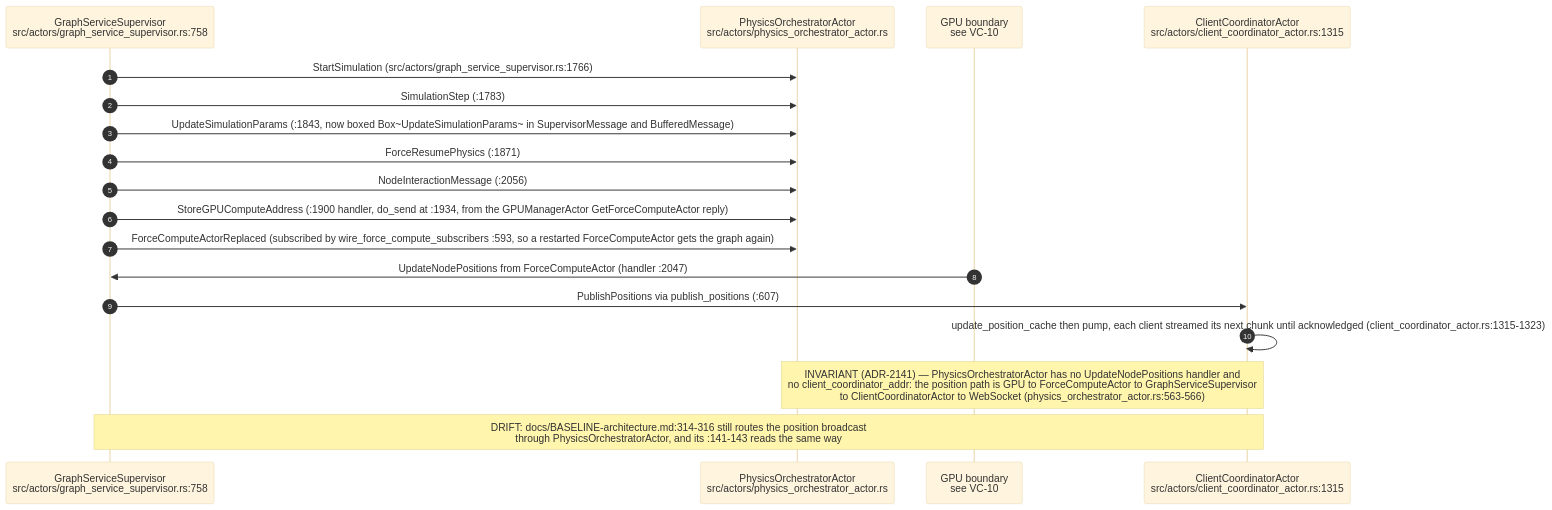
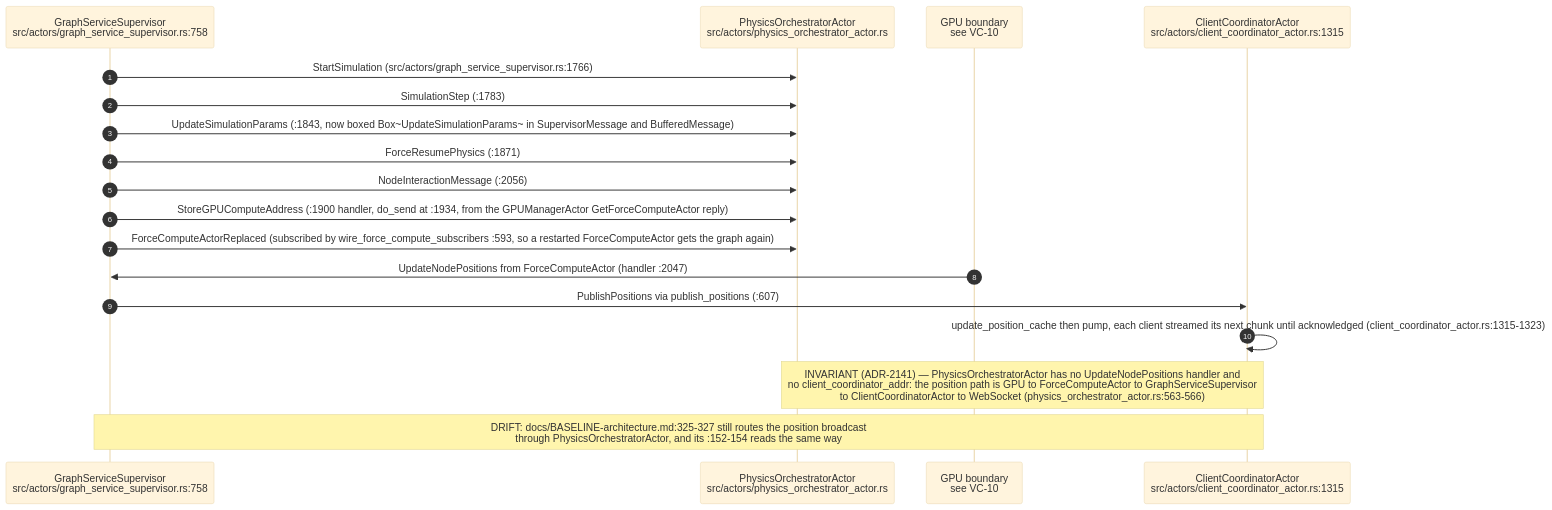
Before and after one commit to DreamLab-AI/VisionFlow: the tenth of 14 diagrams in docs/diagrams/visionclaw/02-actor-supervision.md, drawn with Mermaid (base theme). The commit also changed other lines of this file and 145 other files, not shown here.

````diff
--- a/docs/diagrams/visionclaw/02-actor-supervision.md
+++ b/docs/diagrams/visionclaw/02-actor-supervision.md
@@ -415,21 +415,21 @@
 ```mermaid
 sequenceDiagram
     autonumber
     participant GSS as GraphServiceSupervisor<br/>src/actors/graph_service_supervisor.rs:758
     participant PO as PhysicsOrchestratorActor<br/>src/actors/physics_orchestrator_actor.rs
     participant GPU as GPU boundary<br/>see VC-10
     participant CC as ClientCoordinatorActor<br/>src/actors/client_coordinator_actor.rs:1315
 
     GSS->>PO: StartSimulation (src/actors/graph_service_supervisor.rs:1766)
     GSS->>PO: SimulationStep (:1783)
     GSS->>PO: UpdateSimulationParams (:1843, now boxed Box~UpdateSimulationParams~ in SupervisorMessage and BufferedMessage)
     GSS->>PO: ForceResumePhysics (:1871)
     GSS->>PO: NodeInteractionMessage (:2056)
     GSS->>PO: StoreGPUComputeAddress (:1900 handler, do_send at :1934, from the GPUManagerActor GetForceComputeActor reply)
     GSS->>PO: ForceComputeActorReplaced (subscribed by wire_force_compute_subscribers :593, so a restarted ForceComputeActor gets the graph again)
     GPU->>GSS: UpdateNodePositions from ForceComputeActor (handler :2047)
     GSS->>CC: PublishPositions via publish_positions (:607)
     CC->>CC: update_position_cache then pump, each client streamed its next chunk until acknowledged (client_coordinator_actor.rs:1315-1323)
     Note over PO,CC: INVARIANT (ADR-2141) — PhysicsOrchestratorActor has no UpdateNodePositions handler and<br/>no client_coordinator_addr: the position path is GPU to ForceComputeActor to GraphServiceSupervisor<br/>to ClientCoordinatorActor to WebSocket (physics_orchestrator_actor.rs:563-566)
-    Note over GSS,CC: DRIFT: docs/BASELINE-architecture.md:314-316 still routes the position broadcast<br/>through PhysicsOrchestratorActor, and its :141-143 reads the same way
+    Note over GSS,CC: DRIFT: docs/BASELINE-architecture.md:325-327 still routes the position broadcast<br/>through PhysicsOrchestratorActor, and its :152-154 reads the same way
 ```
````
